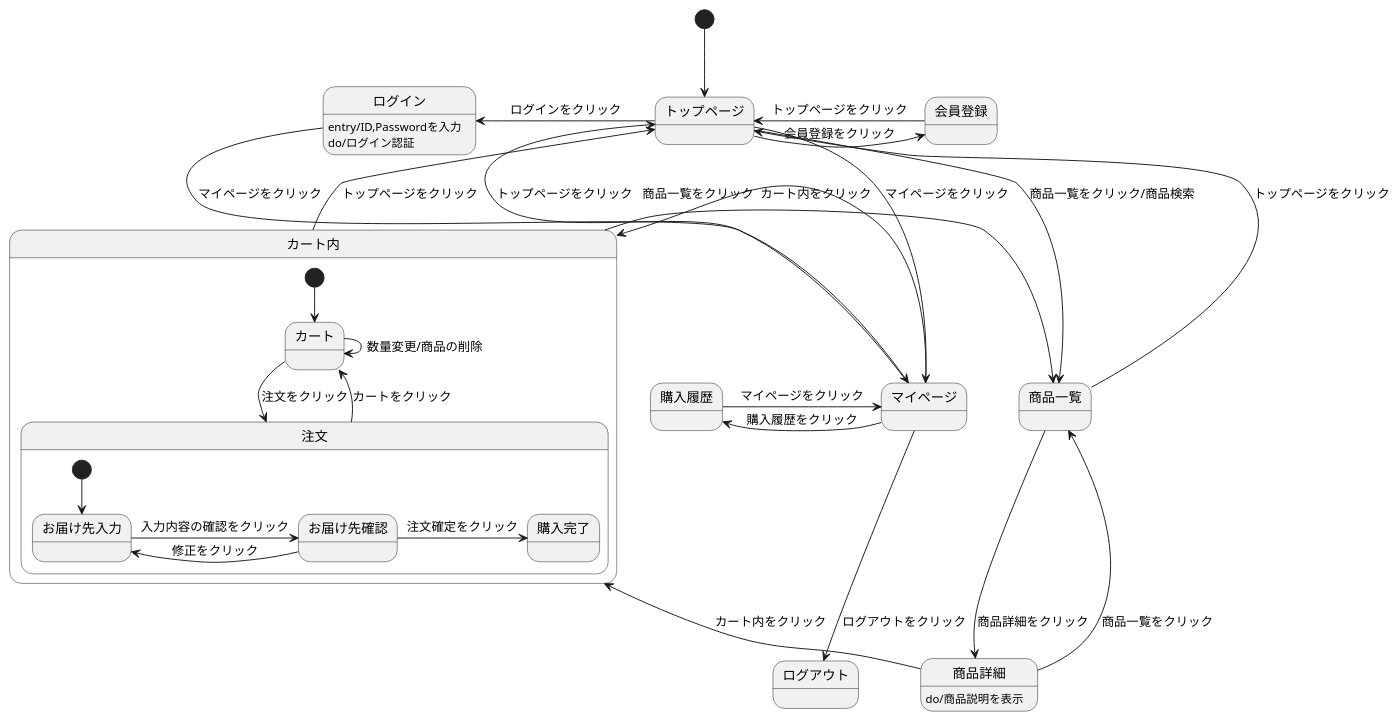
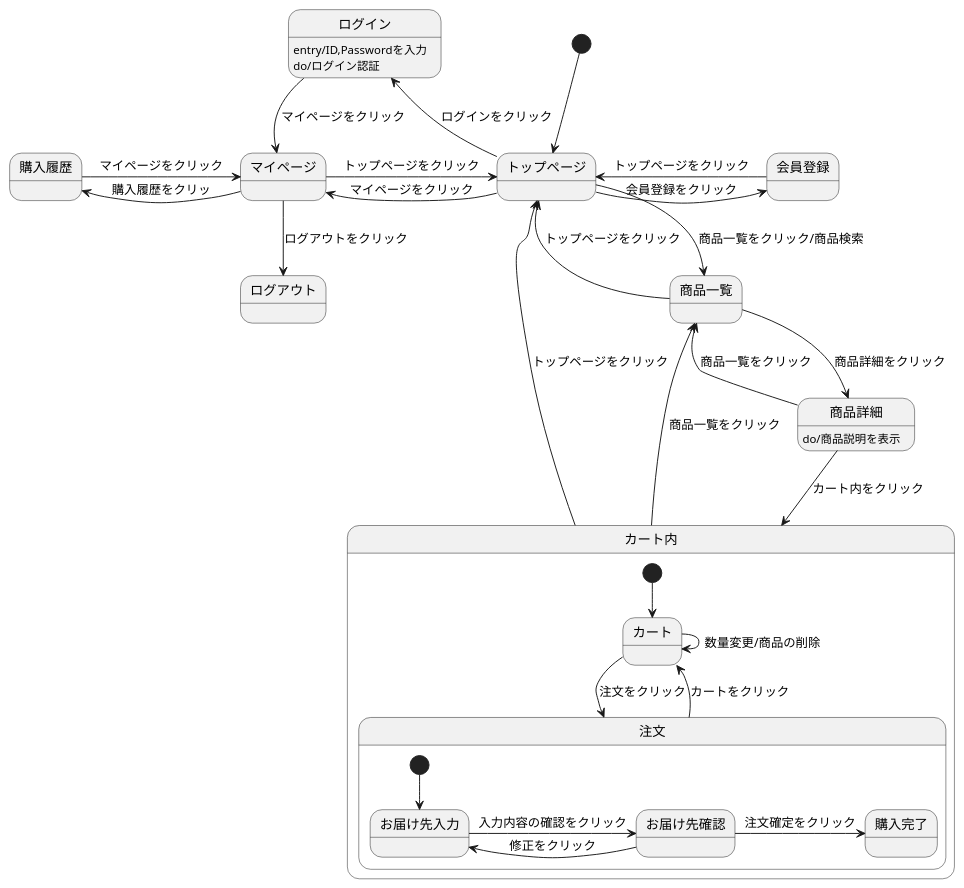
Before and after one commit to Aso2001163/2021sys-design-2: the diagram in stm01.md, drawn with PlantUML.

````diff
--- a/stm01.md
+++ b/stm01.md
@@ -1,38 +1,37 @@
 ```uml
 @startuml
 [*] --> トップページ
 トップページ -> 会員登録 : 会員登録をクリック
 会員登録 -> トップページ : トップページをクリック
 トップページ -left-> マイページ : マイページをクリック
 トップページ -left-> ログイン : ログインをクリック
 ログイン -down-> マイページ : マイページをクリック
 ログイン:entry/ID,Passwordを入力
 ログイン:do/ログイン認証
 マイページ -> トップページ : トップページをクリック
 マイページ -down-> ログアウト : ログアウトをクリック
-マイページ -left-> 購入履歴 : 購入履歴をクリック
-マイページ -left-> カート内 : カート内をクリック
+マイページ -left-> 購入履歴 : 購入履歴をクリッ
 購入履歴 -> マイページ : マイページをクリック
 トップページ --> 商品一覧 : 商品一覧をクリック/商品検索
 商品一覧 -> トップページ : トップページをクリック
 商品一覧 -> 商品詳細 : 商品詳細をクリック  
 商品詳細:do/商品説明を表示
 商品詳細 -down-> 商品一覧 : 商品一覧をクリック
 商品詳細 -down-> カート内 : カート内をクリック
 カート内 -> 商品一覧 : 商品一覧をクリック
 カート内 -up-> トップページ : トップページをクリック
 
 state カート内 {
   [*] --> カート
   カート -down-> 注文 : 注文をクリック
   カート -> カート : 数量変更/商品の削除
   注文 -down-> カート : カートをクリック
   state 注文 {
     [*] --> お届け先入力
     お届け先入力 -> お届け先確認 : 入力内容の確認をクリック
     お届け先確認 -> お届け先入力 : 修正をクリック
     お届け先確認 -> 購入完了 : 注文確定をクリック
     }
  }
 @enduml
 ```
````
